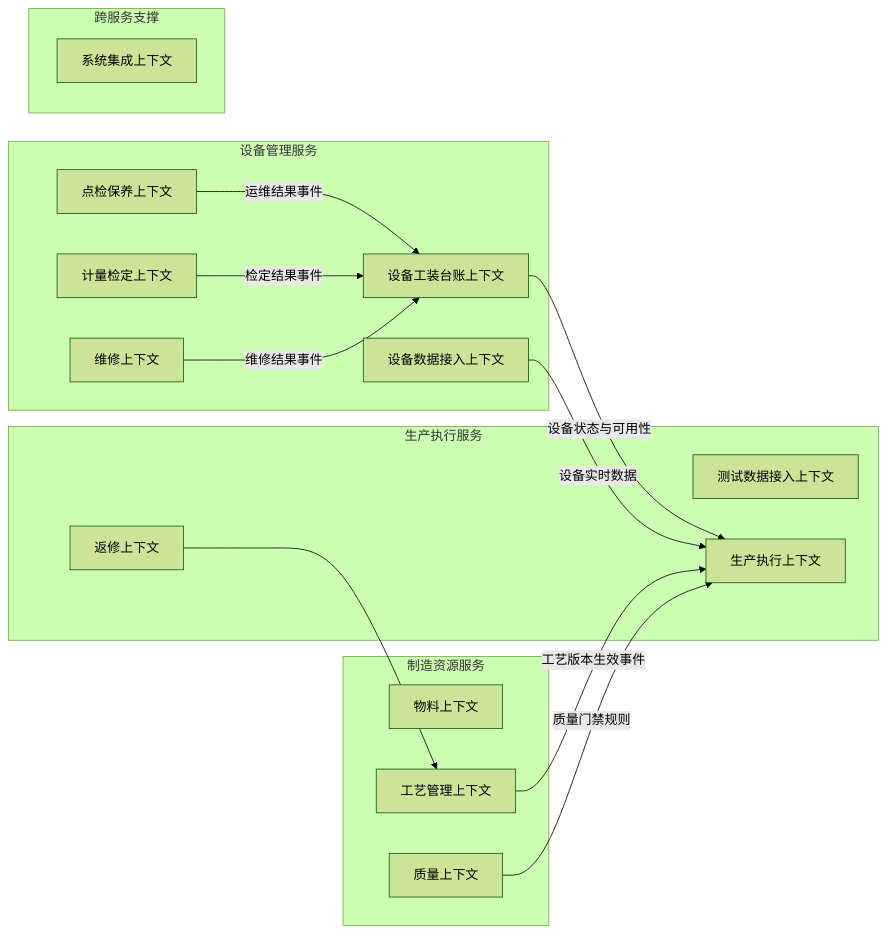
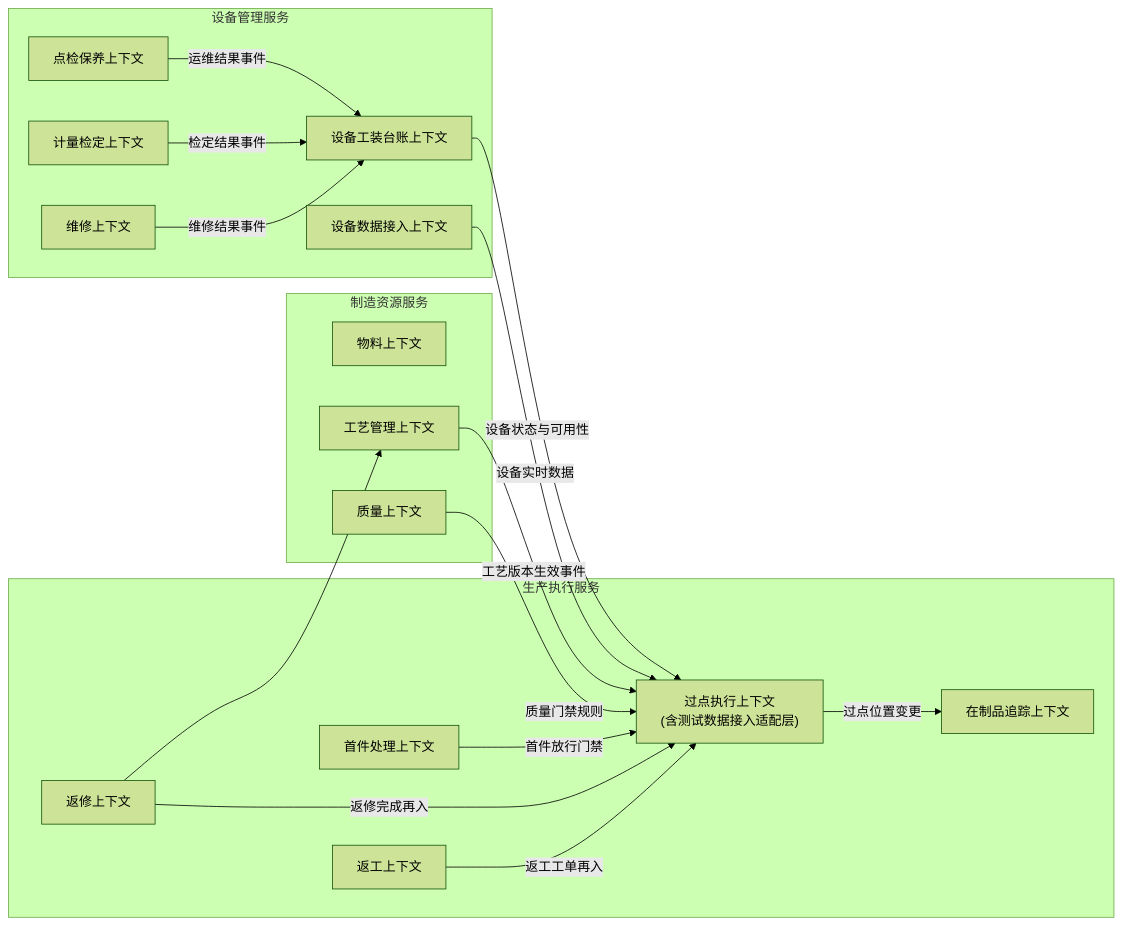
The diagram in 领域模型/领域总览.md (kirby202111/factorybot-docs), drawn with Mermaid (forest theme) before and after one commit. The commit also changed other lines of this file and 4 other files, not shown here.

````diff
--- a/领域模型/领域总览.md
+++ b/领域模型/领域总览.md
@@ -70,35 +57,37 @@
 ```mermaid
 graph LR
     subgraph 制造资源服务
         MAT[物料上下文]
         PROCESS[工艺管理上下文]
         QUALITY[质量上下文]
     end
 
     subgraph 设备管理服务
         AR[设备工装台账上下文]
         EDI[设备数据接入上下文]
         PM[点检保养上下文]
         CAL[计量检定上下文]
         REP[维修上下文]
     end
 
     subgraph 生产执行服务
-        TDI[测试数据接入上下文]
-        EXEC[生产执行上下文]
-        REPAIR[返修上下文]
-    end
-
-    subgraph 跨服务支撑
-        SI[系统集成上下文]
+        EXEC["过点执行上下文<br/>(含测试数据接入适配层)"]
+        WIP[在制品追踪上下文]
+        FAI[首件处理上下文]
+        RW[返修上下文]
+        RR[返工上下文]
     end
 
     PM -->|运维结果事件| AR
     CAL -->|检定结果事件| AR
     REP -->|维修结果事件| AR
     AR -->|设备状态与可用性| EXEC
     EDI -->|设备实时数据| EXEC
     PROCESS -->|工艺版本生效事件| EXEC
     QUALITY -->|质量门禁规则| EXEC
-    REPAIR --> PROCESS
+    FAI -->|首件放行门禁| EXEC
+    EXEC -->|过点位置变更| WIP
+    RW -->|返修完成再入| EXEC
+    RR -->|返工工单再入| EXEC
+    RW --> PROCESS
 ```
````
